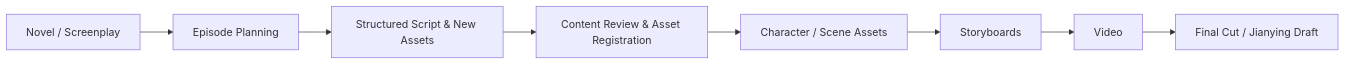
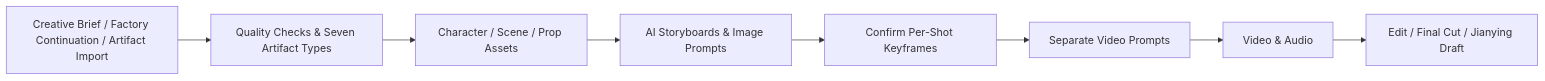
One commit to myvivk/ArcReel-main changed the diagram in website/i18n/en/docusaurus-plugin-content-docs/current/guide/workflows.md. Above: the diagram before and after it, drawn with Mermaid. The commit also changed other lines of this file and 753 other files, not shown here.

````diff
--- a/website/i18n/en/docusaurus-plugin-content-docs/current/guide/workflows.md
+++ b/website/i18n/en/docusaurus-plugin-content-docs/current/guide/workflows.md
@@ -135,10 +16,10 @@
 ```mermaid
 flowchart LR
-    A["Novel / Screenplay"] --> B["Episode Planning"]
-    B --> C["Structured Script & New Assets"]
-    C --> D["Content Review & Asset Registration"]
-    D --> E["Character / Scene Assets"]
-    E --> F["Storyboards"]
-    F --> G["Video"]
-    G --> H["Final Cut / Jianying Draft"]
+    A["Creative Brief / Factory Continuation / Artifact Import"] --> B["Quality Checks & Seven Artifact Types"]
+    B --> C["Character / Scene / Prop Assets"]
+    C --> D["AI Storyboards & Image Prompts"]
+    D --> E["Confirm Per-Shot Keyframes"]
+    E --> F["Separate Video Prompts"]
+    F --> G["Video & Audio"]
+    G --> H["Edit / Final Cut / Jianying Draft"]
 ```
````
